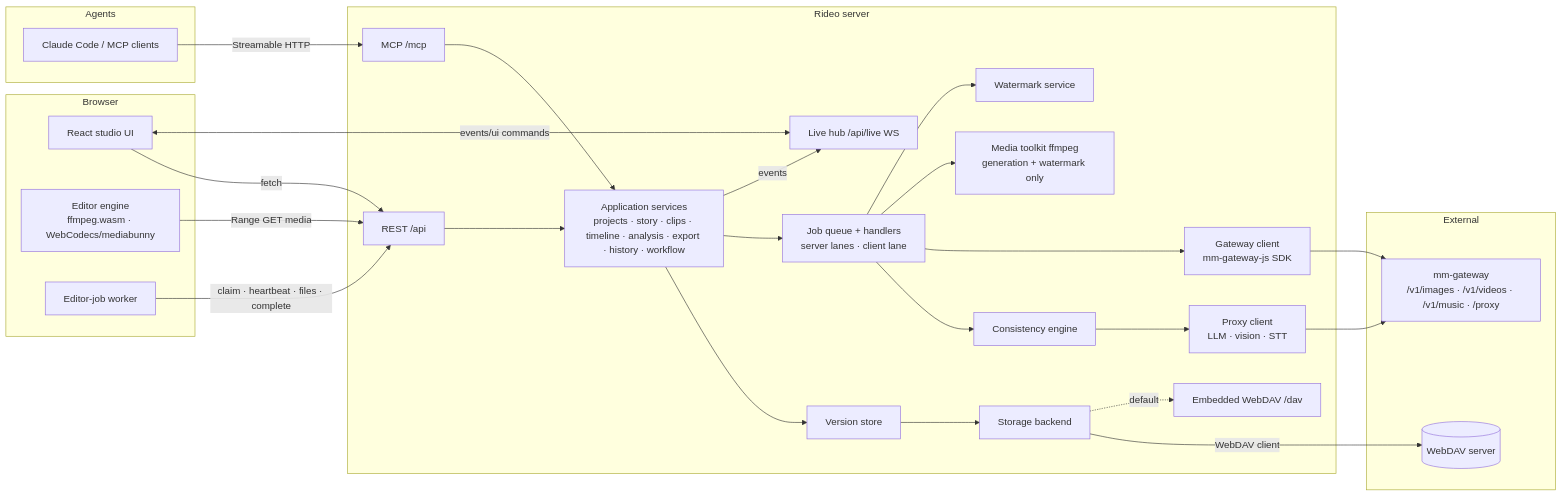
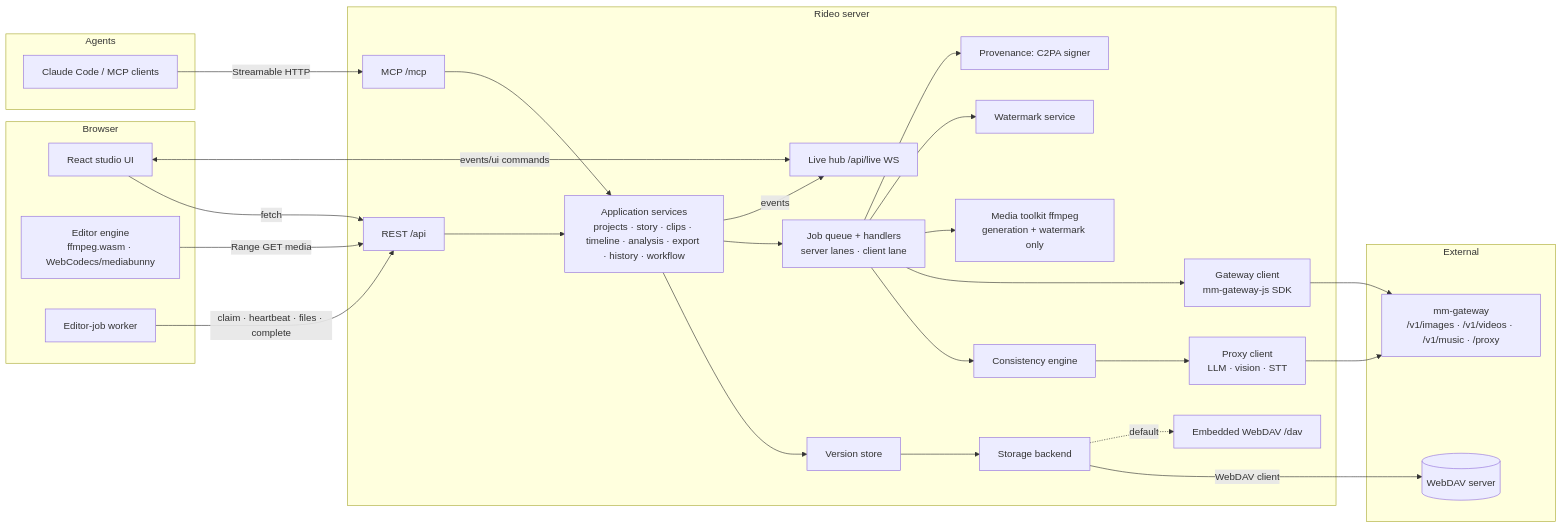
The diagram in docs/architecture.md (sloth-os/rideo), drawn with Mermaid before and after one commit. The commit also changed other lines of this file and 60 other files, not shown here.

````diff
--- a/docs/architecture.md
+++ b/docs/architecture.md
@@ -20,46 +22,48 @@
 ```mermaid
 flowchart LR
   subgraph Browser
     UI[React studio UI]
     ENG[Editor engine<br/>ffmpeg.wasm · WebCodecs/mediabunny]
     EJ[Editor-job worker]
   end
   subgraph Agents
     CC[Claude Code / MCP clients]
   end
   subgraph Rideo server
     REST[REST /api]
     LIVE[Live hub /api/live WS]
     MCP[MCP /mcp]
     SVC[Application services<br/>projects · story · clips · timeline · analysis · export · history · workflow]
     JOBS[Job queue + handlers<br/>server lanes · client lane]
     CONS[Consistency engine]
     WM[Watermark service]
+    C2PA[Provenance: C2PA signer]
     MEDIA[Media toolkit ffmpeg<br/>generation + watermark only]
     VCS[Version store]
     STORE[Storage backend]
     DAV[Embedded WebDAV /dav]
     GW[Gateway client<br/>mm-gateway-js SDK]
     PX[Proxy client<br/>LLM · vision · STT]
   end
   subgraph External
     MMG[mm-gateway<br/>/v1/images · /v1/videos · /v1/music · /proxy]
     WEBDAV[(WebDAV server)]
   end
   UI -- fetch --> REST
   UI <-- events/ui commands --> LIVE
   ENG -- Range GET media --> REST
   EJ -- claim · heartbeat · files · complete --> REST
   CC -- Streamable HTTP --> MCP
   REST --> SVC
   MCP --> SVC
   SVC --> VCS --> STORE
   SVC --> JOBS --> CONS
   JOBS --> GW --> MMG
   CONS --> PX --> MMG
   JOBS --> MEDIA
   JOBS --> WM
+  JOBS --> C2PA
   SVC -- events --> LIVE
   STORE -- WebDAV client --> WEBDAV
   STORE -. default .-> DAV
 ```
````
